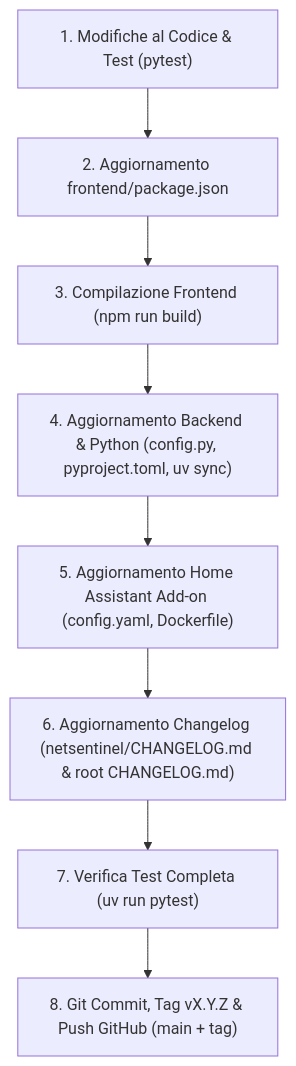
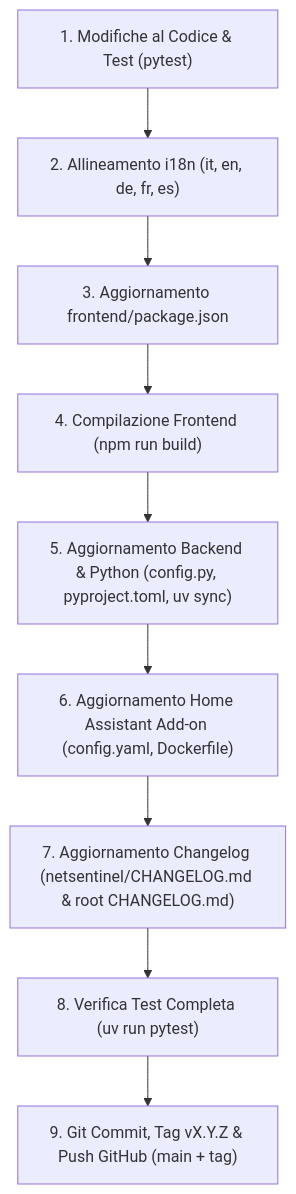
One commit to marcomatrella/netsentinel changed the diagram in AGENTS.md. Above: the diagram before and after it, drawn with Mermaid. The commit also changed other lines of this file, not shown here.

Commit message:
docs(agents): aggiunta regola tassativa sull'allineamento i18n a 5 lingue (it, en, de, fr, es)

````diff
--- a/AGENTS.md
+++ b/AGENTS.md
@@ -34,10 +34,11 @@
 ```mermaid
 flowchart TD
-    A["1. Modifiche al Codice & Test (pytest)"] --> B["2. Aggiornamento frontend/package.json"]
-    B --> C["3. Compilazione Frontend (npm run build)"]
-    C --> D["4. Aggiornamento Backend & Python (config.py, pyproject.toml, uv sync)"]
-    D --> E["5. Aggiornamento Home Assistant Add-on (config.yaml, Dockerfile)"]
-    E --> F["6. Aggiornamento Changelog (netsentinel/CHANGELOG.md & root CHANGELOG.md)"]
-    F --> G["7. Verifica Test Completa (uv run pytest)"]
-    G --> H["8. Git Commit, Tag vX.Y.Z & Push GitHub (main + tag)"]
+    A["1. Modifiche al Codice & Test (pytest)"] --> B["2. Allineamento i18n (it, en, de, fr, es)"]
+    B --> C["3. Aggiornamento frontend/package.json"]
+    C --> D["4. Compilazione Frontend (npm run build)"]
+    D --> E["5. Aggiornamento Backend & Python (config.py, pyproject.toml, uv sync)"]
+    E --> F["6. Aggiornamento Home Assistant Add-on (config.yaml, Dockerfile)"]
+    F --> G["7. Aggiornamento Changelog (netsentinel/CHANGELOG.md & root CHANGELOG.md)"]
+    G --> H["8. Verifica Test Completa (uv run pytest)"]
+    H --> I["9. Git Commit, Tag vX.Y.Z & Push GitHub (main + tag)"]
 ```
````
